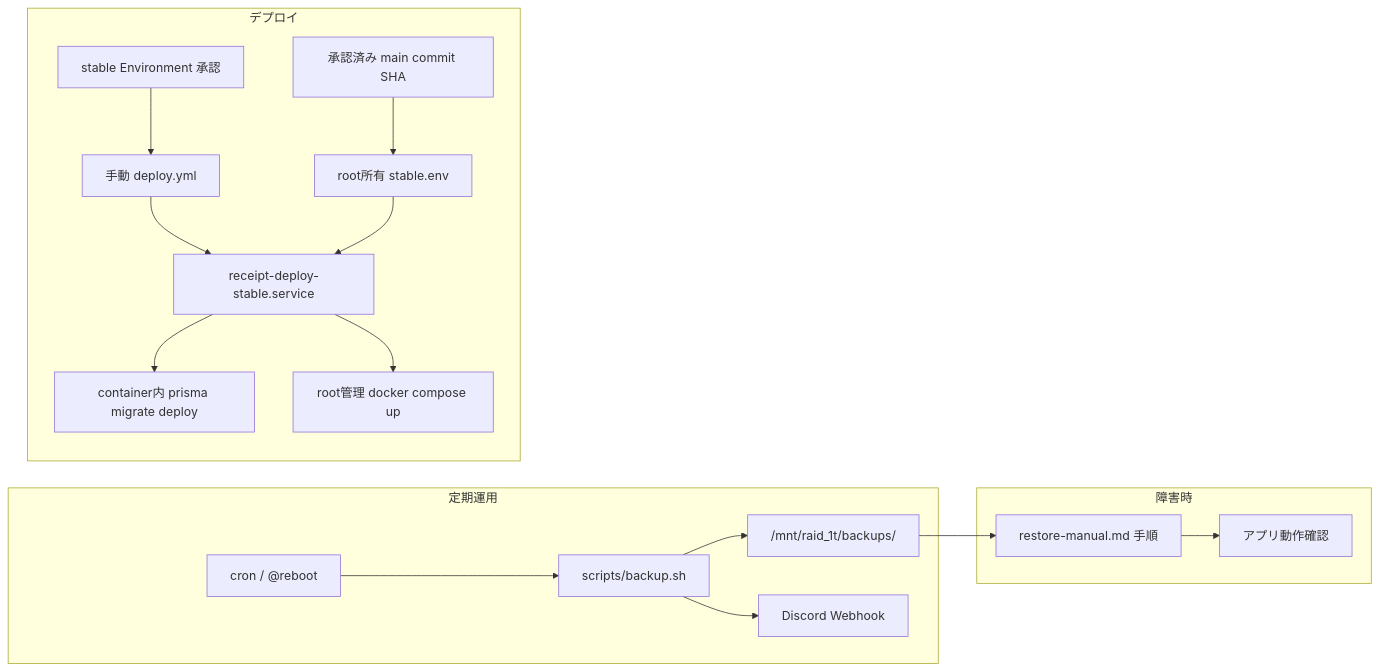
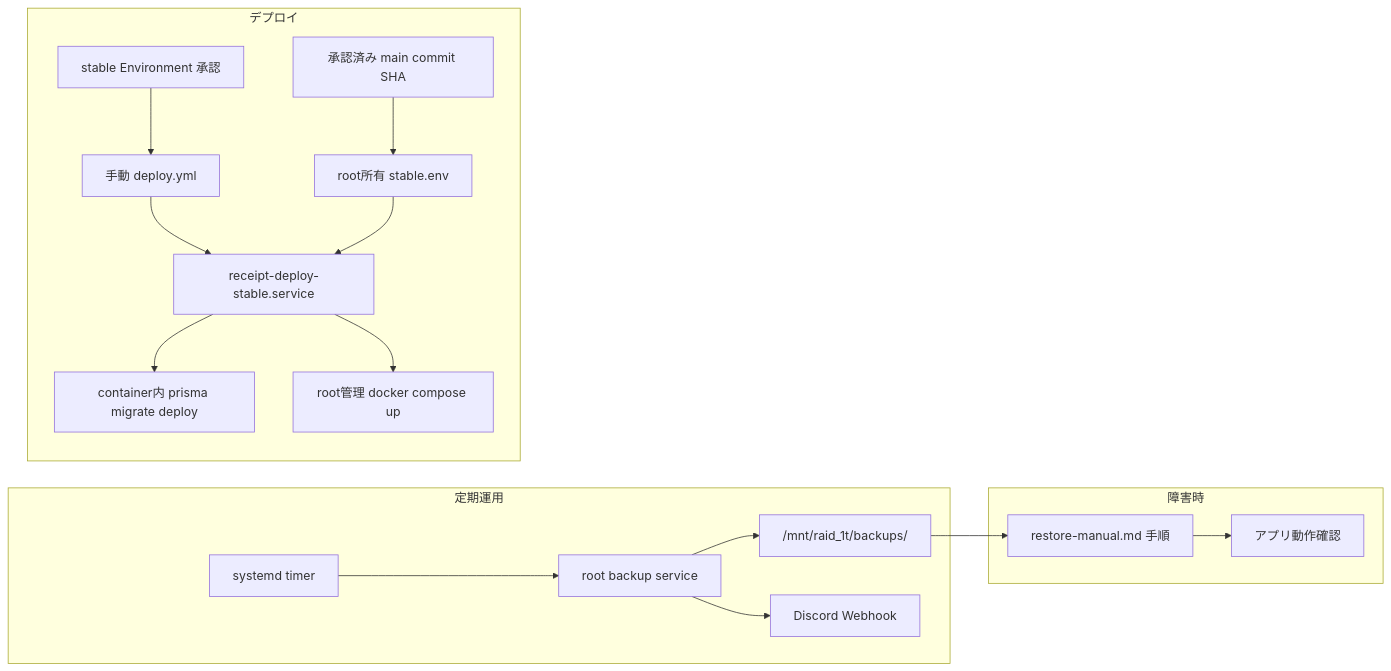
Before and after one commit to yama180sx/receipt-ai-app: the diagram in docs/design/operations.md, drawn with Mermaid. The commit also changed other lines of this file and 5 other files, not shown here.

````diff
--- a/docs/design/operations.md
+++ b/docs/design/operations.md
@@ -337,22 +331,22 @@
 ```mermaid
 flowchart LR
   subgraph daily [定期運用]
-    Cron[cron / @reboot] --> Backup[scripts/backup.sh]
+    Timer[systemd timer] --> Backup[root backup service]
     Backup --> RAID["/mnt/raid_1t/backups/"]
     Backup --> Discord[Discord Webhook]
   end
 
   subgraph deploy [デプロイ]
     Main[承認済み main commit SHA] --> RootConfig[root所有 stable.env]
     Approval[stable Environment 承認] --> GHA[手動 deploy.yml]
     GHA --> Unit[receipt-deploy-stable.service]
     RootConfig --> Unit
     Unit --> Migrate[container内 prisma migrate deploy]
     Unit --> Compose[root管理 docker compose up]
   end
 
   subgraph recovery [障害時]
     RAID --> Restore[restore-manual.md 手順]
     Restore --> App[アプリ動作確認]
   end
 ```
````
